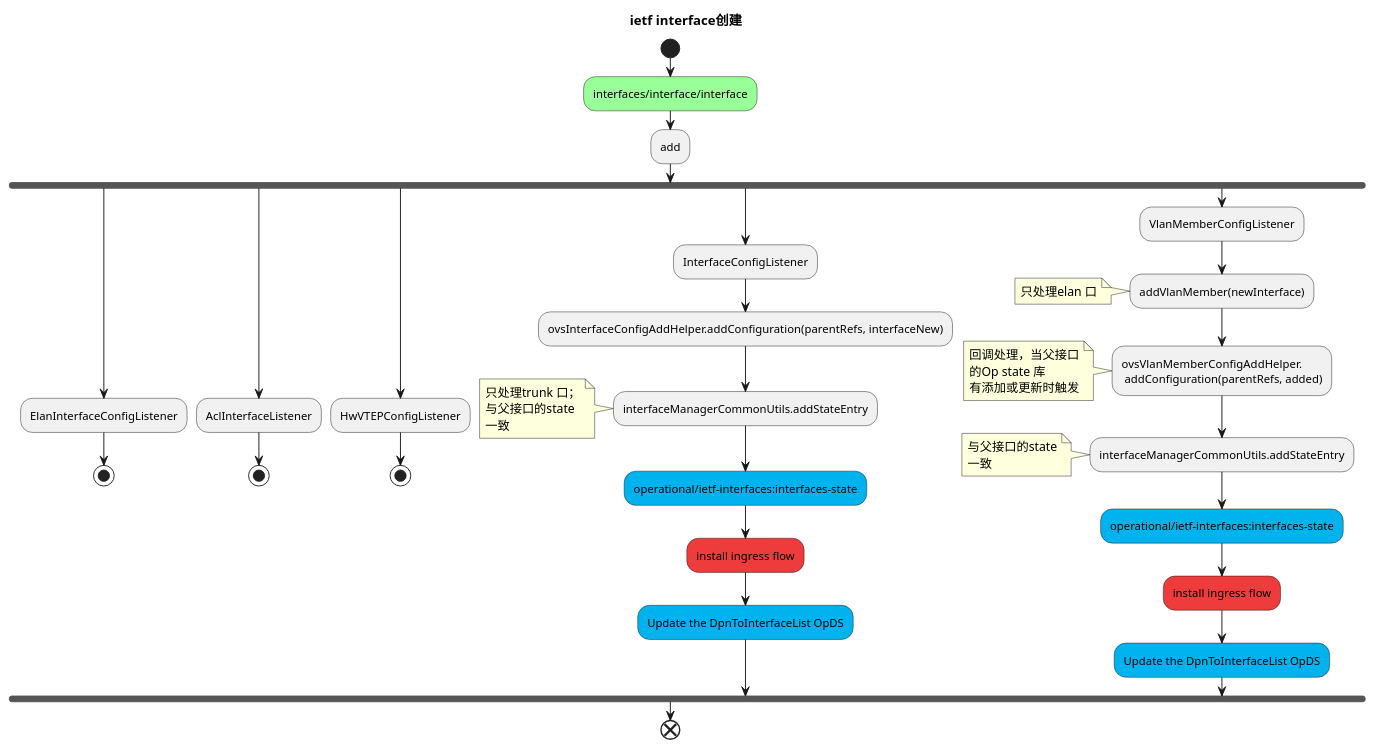
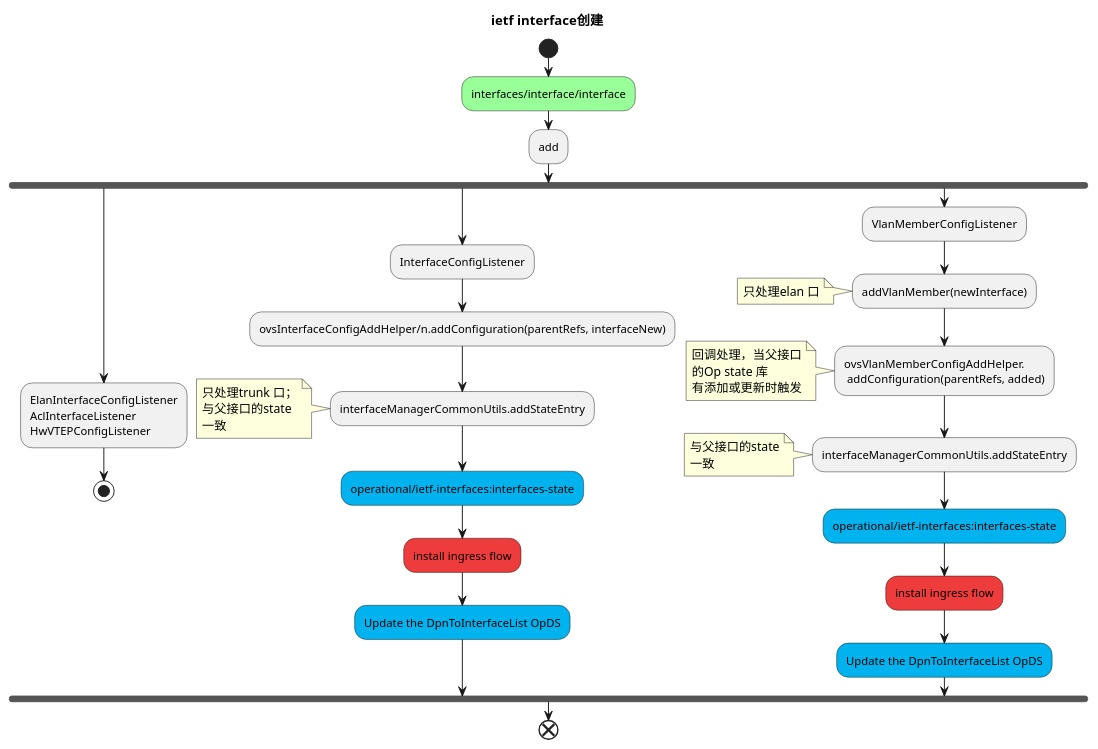
One commit to jiangwei618/vuepress-them-from-reco changed the ninth of 11 diagrams in 框架/odl/netvirt/1network.md. Above: the diagram before and after it, drawn with PlantUML. The commit also changed other lines of this file and 12 other files, not shown here.

````diff
--- a/框架/odl/netvirt/1network.md
+++ b/框架/odl/netvirt/1network.md
@@ -356,55 +402,49 @@
-```plantuml
-@startuml
-title ietf interface创建
-start
-    #99FF99:interfaces/interface/interface;
-    :add; 
-    fork
-        :ElanInterfaceConfigListener;
-        stop
-    fork again
-        :AclInterfaceListener;
-        stop
-    fork again
-        :HwVTEPConfigListener;
-        stop
-    fork again
-        :InterfaceConfigListener;
-        :ovsInterfaceConfigAddHelper.addConfiguration(parentRefs, interfaceNew);
-        :interfaceManagerCommonUtils.addStateEntry;
-        note left
-            只处理trunk 口；
-            与父接口的state
-            一致
-        end note
-        #00B2EE:operational/ietf-interfaces:interfaces-state;
-        #EE3B3B:install ingress flow;
-        #00B2EE:Update the DpnToInterfaceList OpDS;
-
-    fork again
-        :VlanMemberConfigListener;
-        :addVlanMember(newInterface);
-        note left
-            只处理elan 口
-        end note
-        :ovsVlanMemberConfigAddHelper.\n addConfiguration(parentRefs, added);
-        note left
-            回调处理，当父接口
-            的Op state 库
-            有添加或更新时触发
-        end note
-        :interfaceManagerCommonUtils.addStateEntry;
-        note left
-            与父接口的state
-            一致
-        end note
-        #00B2EE:operational/ietf-interfaces:interfaces-state;
-        #EE3B3B:install ingress flow;
-        #00B2EE:Update the DpnToInterfaceList OpDS;
-    end fork
-        
-end
-
-@enduml
-
-```
+ ```plantuml
+ @startuml
+ title ietf interface创建
+ start
+     #99FF99:interfaces/interface/interface;
+     :add; 
+     fork
+         :ElanInterfaceConfigListener\nAclInterfaceListener\nHwVTEPConfigListener;
+         stop
+     fork again
+         :InterfaceConfigListener;
+         :ovsInterfaceConfigAddHelper/n.addConfiguration(parentRefs, interfaceNew);
+         :interfaceManagerCommonUtils.addStateEntry;
+         note left
+             只处理trunk 口；
+             与父接口的state
+             一致
+         end note
+         #00B2EE:operational/ietf-interfaces:interfaces-state;
+         #EE3B3B:install ingress flow;
+         #00B2EE:Update the DpnToInterfaceList OpDS;
+ 
+     fork again
+         :VlanMemberConfigListener;
+         :addVlanMember(newInterface);
+         note left
+             只处理elan 口
+         end note
+         :ovsVlanMemberConfigAddHelper.\n addConfiguration(parentRefs, added);
+         note left
+             回调处理，当父接口
+             的Op state 库
+             有添加或更新时触发
+         end note
+         :interfaceManagerCommonUtils.addStateEntry;
+         note left
+             与父接口的state
+             一致
+         end note
+         #00B2EE:operational/ietf-interfaces:interfaces-state;
+         #EE3B3B:install ingress flow;
+         #00B2EE:Update the DpnToInterfaceList OpDS;
+     end fork
+         
+ end
+ 
+ @enduml
+ 
+ ```
````
